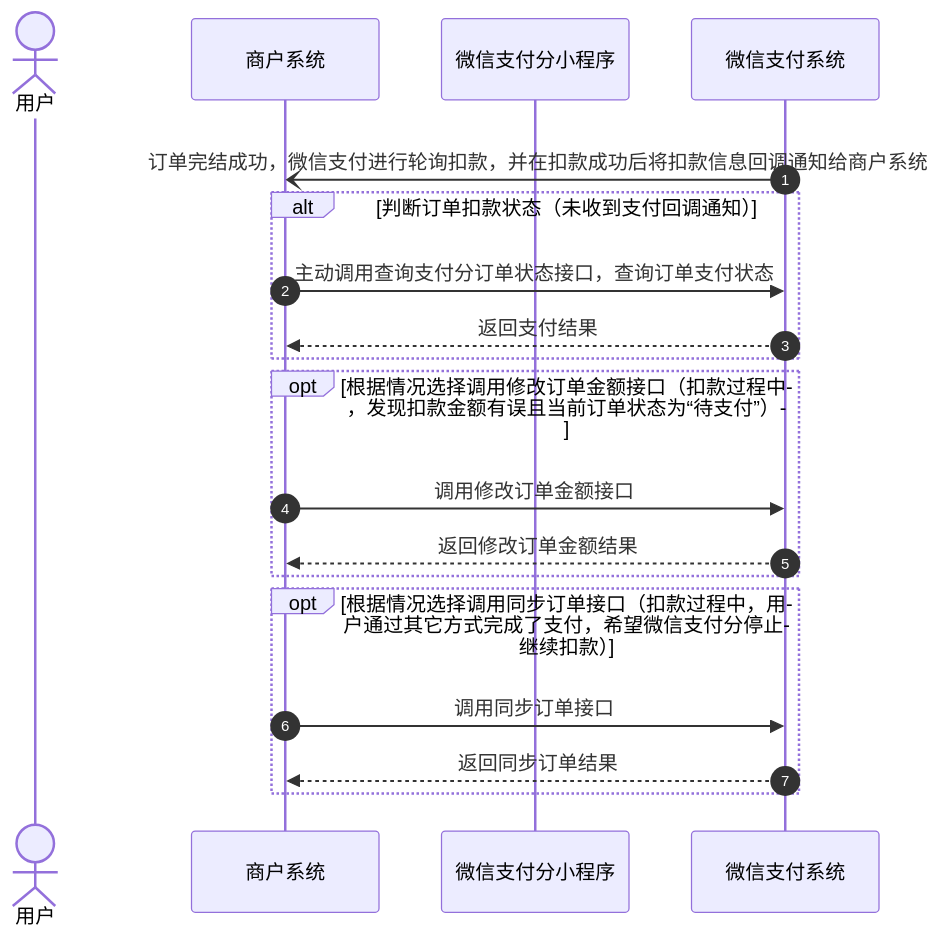
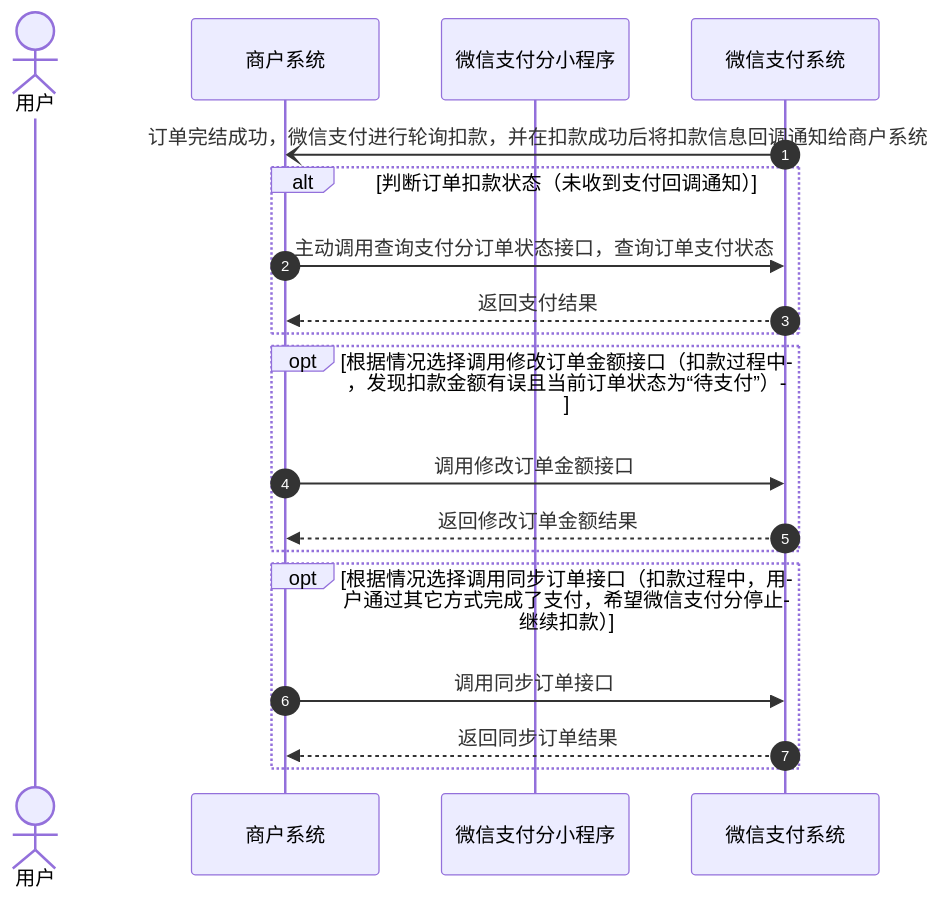
One commit to minibear2021/wechatpay_docs changed the fifth of 6 diagrams in docs/merchant/pages/4012587166.md. Above: the diagram before and after it, drawn with Mermaid. The commit also changed other lines of this file and 35 other files, not shown here.

````diff
--- a/docs/merchant/pages/4012587166.md
+++ b/docs/merchant/pages/4012587166.md
@@ -181,27 +192,27 @@
 ```mermaid
 sequenceDiagram
-    rect rgb(255,255,255)
+
+        %% xwatt: autonumber ea
         autonumber
         actor User as 用户
         participant Mch as 商户系统
         participant WxPay as 微信支付分小程序
         participant WxPay2 as 微信支付系统
 
         WxPay2-)Mch: 订单完结成功，微信支付进行轮询扣款，并在扣款成功后将扣款信息回调通知给商户系统
 
         alt 判断订单扣款状态（未收到支付回调通知）
             Mch->>WxPay2: 主动调用查询支付分订单状态接口，查询订单支付状态
             WxPay2-->>Mch: 返回支付结果
         end
 
         opt 根据情况选择调用修改订单金额接口（扣款过程中，发现扣款金额有误且当前订单状态为“待支付”）
             Mch->>WxPay2: 调用修改订单金额接口
             WxPay2-->>Mch: 返回修改订单金额结果
         end
 
         opt 根据情况选择调用同步订单接口（扣款过程中，用户通过其它方式完成了支付，希望微信支付分停止继续扣款）
             Mch->>WxPay2: 调用同步订单接口
             WxPay2-->>Mch: 返回同步订单结果
         end
-    end
 ```
````
